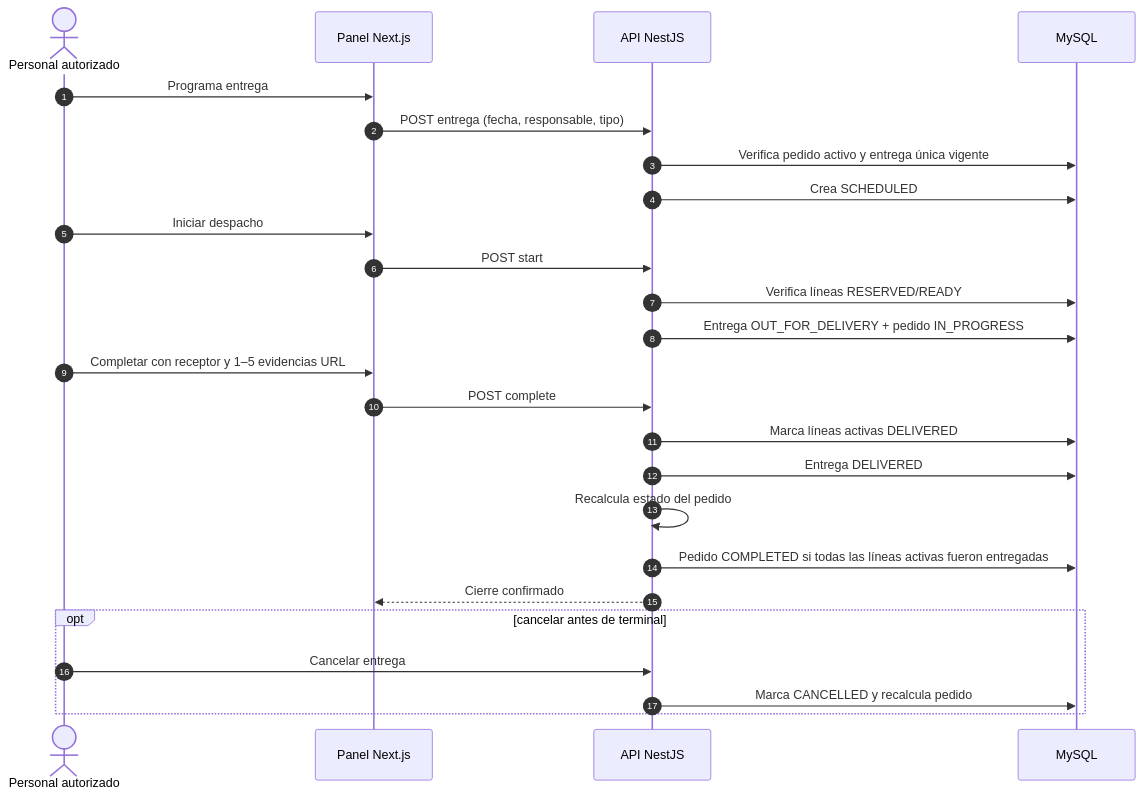
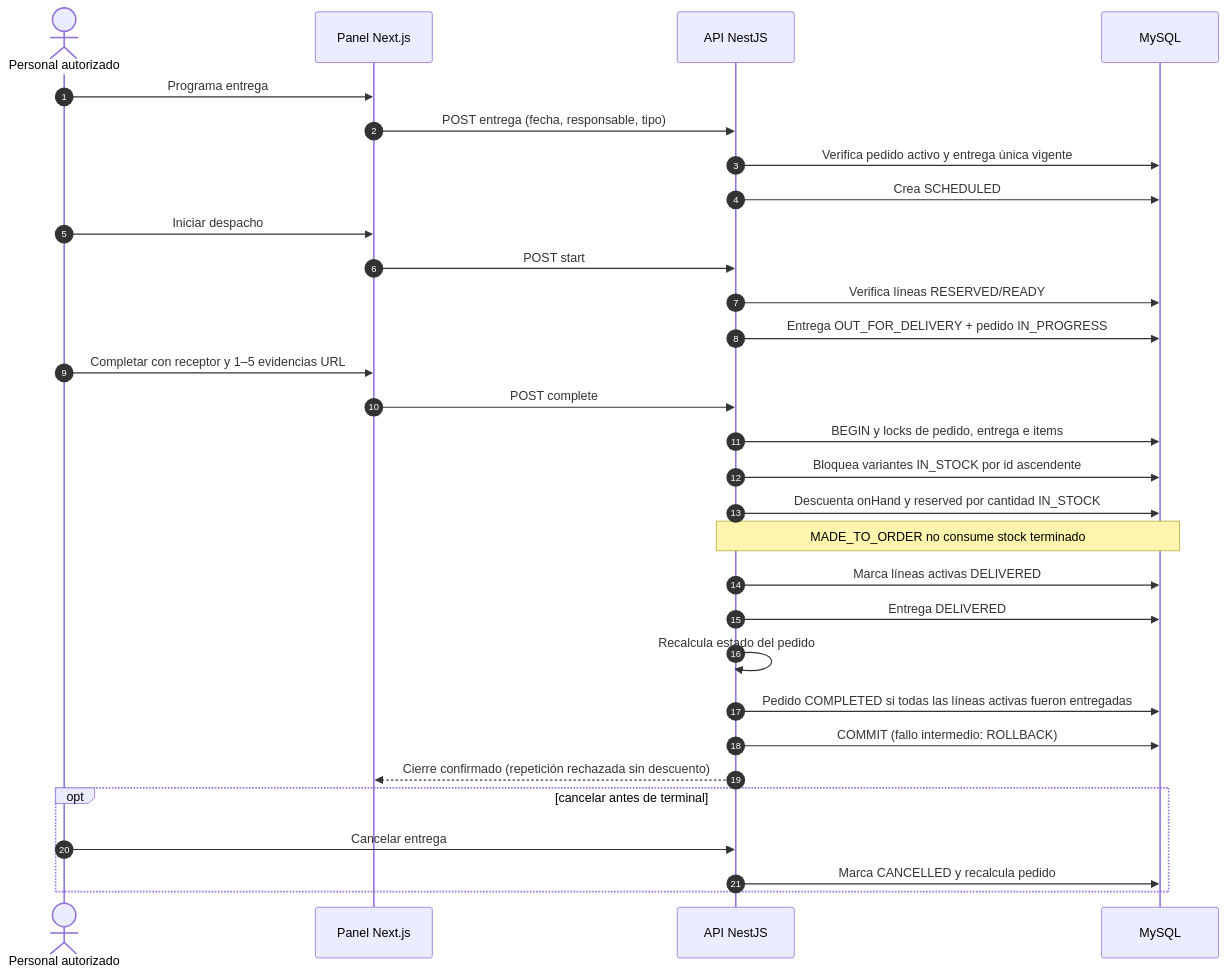
One commit to IngenieroCui/Home_Fashion changed the diagram in docs/diagrams/source/D-12-secuencia-entrega-cierre.mmd. Above: the diagram before and after it, drawn with Mermaid. The commit also changed 138 other files, not shown here.

```diff
--- a/docs/diagrams/source/D-12-secuencia-entrega-cierre.mmd
+++ b/docs/diagrams/source/D-12-secuencia-entrega-cierre.mmd
@@ -1,28 +1,33 @@
 %% D-12 — Secuencia: entrega y cierre
 %% Fuentes: deliveries.service.ts; order-state.ts
 sequenceDiagram
   autonumber
   actor P as Personal autorizado
   participant W as Panel Next.js
   participant A as API NestJS
   participant DB as MySQL
 
   P->>W: Programa entrega
   W->>A: POST entrega (fecha, responsable, tipo)
   A->>DB: Verifica pedido activo y entrega única vigente
   A->>DB: Crea SCHEDULED
   P->>W: Iniciar despacho
   W->>A: POST start
   A->>DB: Verifica líneas RESERVED/READY
   A->>DB: Entrega OUT_FOR_DELIVERY + pedido IN_PROGRESS
   P->>W: Completar con receptor y 1–5 evidencias URL
   W->>A: POST complete
+  A->>DB: BEGIN y locks de pedido, entrega e items
+  A->>DB: Bloquea variantes IN_STOCK por id ascendente
+  A->>DB: Descuenta onHand y reserved por cantidad IN_STOCK
+  Note over A,DB: MADE_TO_ORDER no consume stock terminado
   A->>DB: Marca líneas activas DELIVERED
   A->>DB: Entrega DELIVERED
   A->>A: Recalcula estado del pedido
   A->>DB: Pedido COMPLETED si todas las líneas activas fueron entregadas
-  A-->>W: Cierre confirmado
+  A->>DB: COMMIT (fallo intermedio: ROLLBACK)
+  A-->>W: Cierre confirmado (repetición rechazada sin descuento)
   opt cancelar antes de terminal
     P->>A: Cancelar entrega
     A->>DB: Marca CANCELLED y recalcula pedido
   end
```
